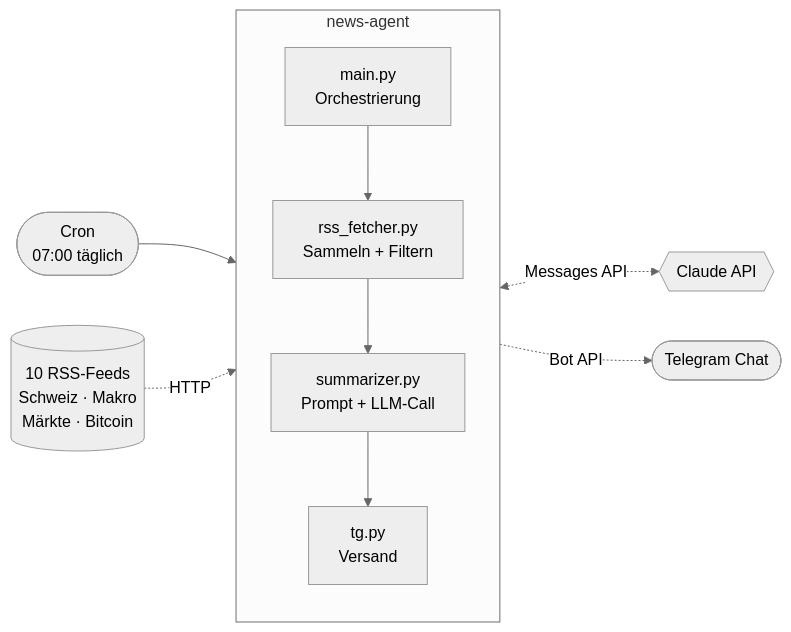
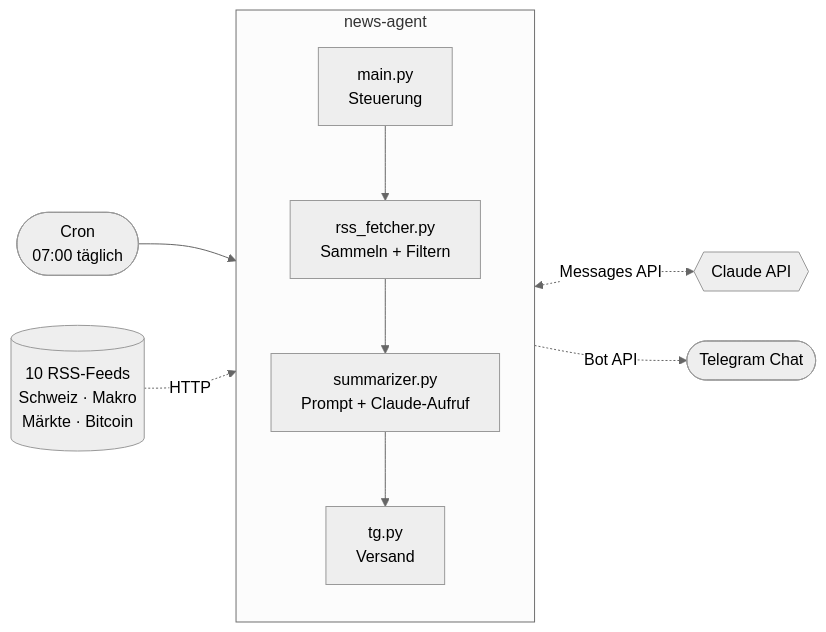
The diagram in docs/architecture.md (claudiokoller/news-agent), drawn with Mermaid (neutral theme) before and after one commit. The commit also changed other lines of this file and 1 other file, not shown here.

First line of the commit message:
Use plainer wording in README and architecture docs

````diff
--- a/docs/architecture.md
+++ b/docs/architecture.md
@@ -7,18 +7,18 @@
 ```mermaid
 flowchart LR
     CRON([Cron<br/>07:00 täglich]) --> MAIN
 
     subgraph AGENT [news-agent]
         direction TB
-        MAIN[main.py<br/>Orchestrierung]
+        MAIN[main.py<br/>Steuerung]
         RSS[rss_fetcher.py<br/>Sammeln + Filtern]
-        SUM[summarizer.py<br/>Prompt + LLM-Call]
+        SUM[summarizer.py<br/>Prompt + Claude-Aufruf]
         TG[tg.py<br/>Versand]
 
         MAIN --> RSS --> SUM --> TG
     end
 
     FEEDS[(10 RSS-Feeds<br/>Schweiz · Makro<br/>Märkte · Bitcoin)] -.->|HTTP| RSS
     SUM <-.->|Messages API| CLAUDE{{Claude API}}
     TG -.->|Bot API| USER([Telegram Chat])
 ```
````
